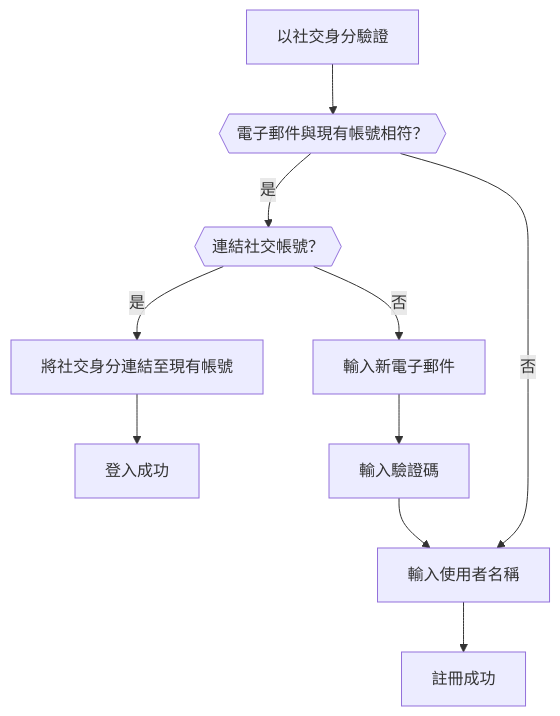
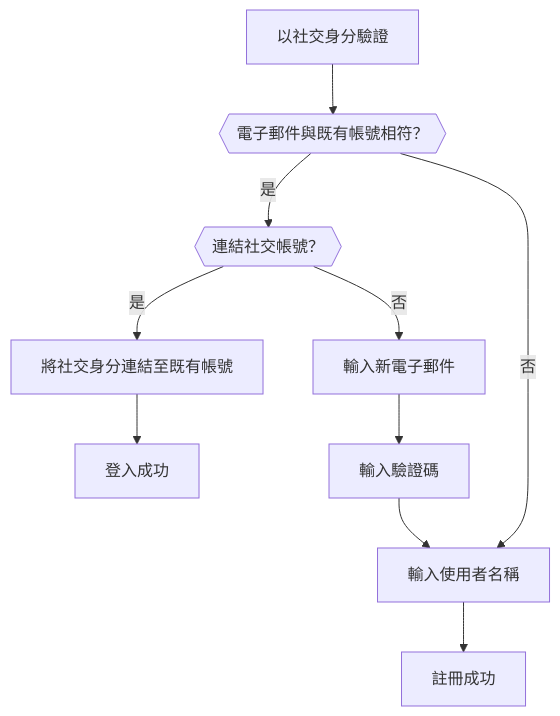
One commit to logto-io/docs changed the fifth of 6 diagrams in i18n/zh-TW/docusaurus-plugin-content-docs/current/end-user-flows/sign-up-and-sign-in/social-sign-in.mdx. Above: the diagram before and after it, drawn with Mermaid. The commit also changed other lines of this file and 67 other files, not shown here.

````diff
--- a/i18n/zh-TW/docusaurus-plugin-content-docs/current/end-user-flows/sign-up-and-sign-in/social-sign-in.mdx
+++ b/i18n/zh-TW/docusaurus-plugin-content-docs/current/end-user-flows/sign-up-and-sign-in/social-sign-in.mdx
@@ -134,12 +136,12 @@
    ```mermaid
       flowchart TD
-       A[以社交身分驗證] --> B{{電子郵件與現有帳號相符？}}
+       A[以社交身分驗證] --> B{{電子郵件與既有帳號相符？}}
        B -- 是 --> C{{連結社交帳號？}}
-       C -- 是 --> D[將社交身分連結至現有帳號]
+       C -- 是 --> D[將社交身分連結至既有帳號]
        D --> E[登入成功]
        C -- 否 --> F[輸入新電子郵件]
        F --> G[輸入驗證碼]
        G --> H[輸入使用者名稱]
        H --> I[註冊成功]
        B -- 否 --> H
    ```
````
